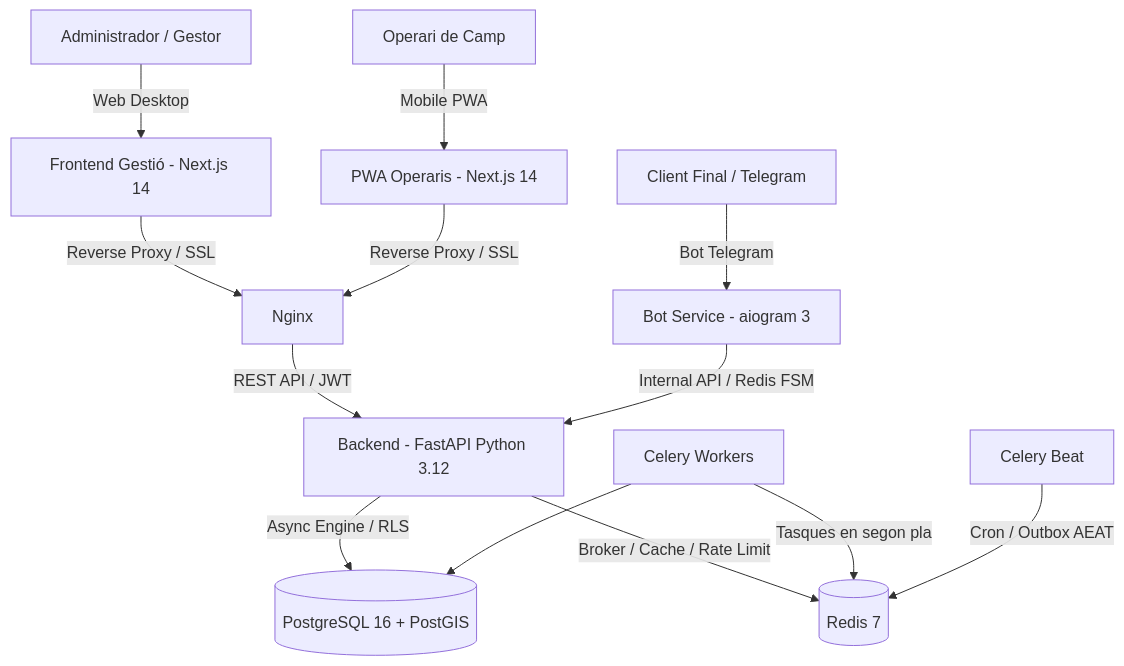
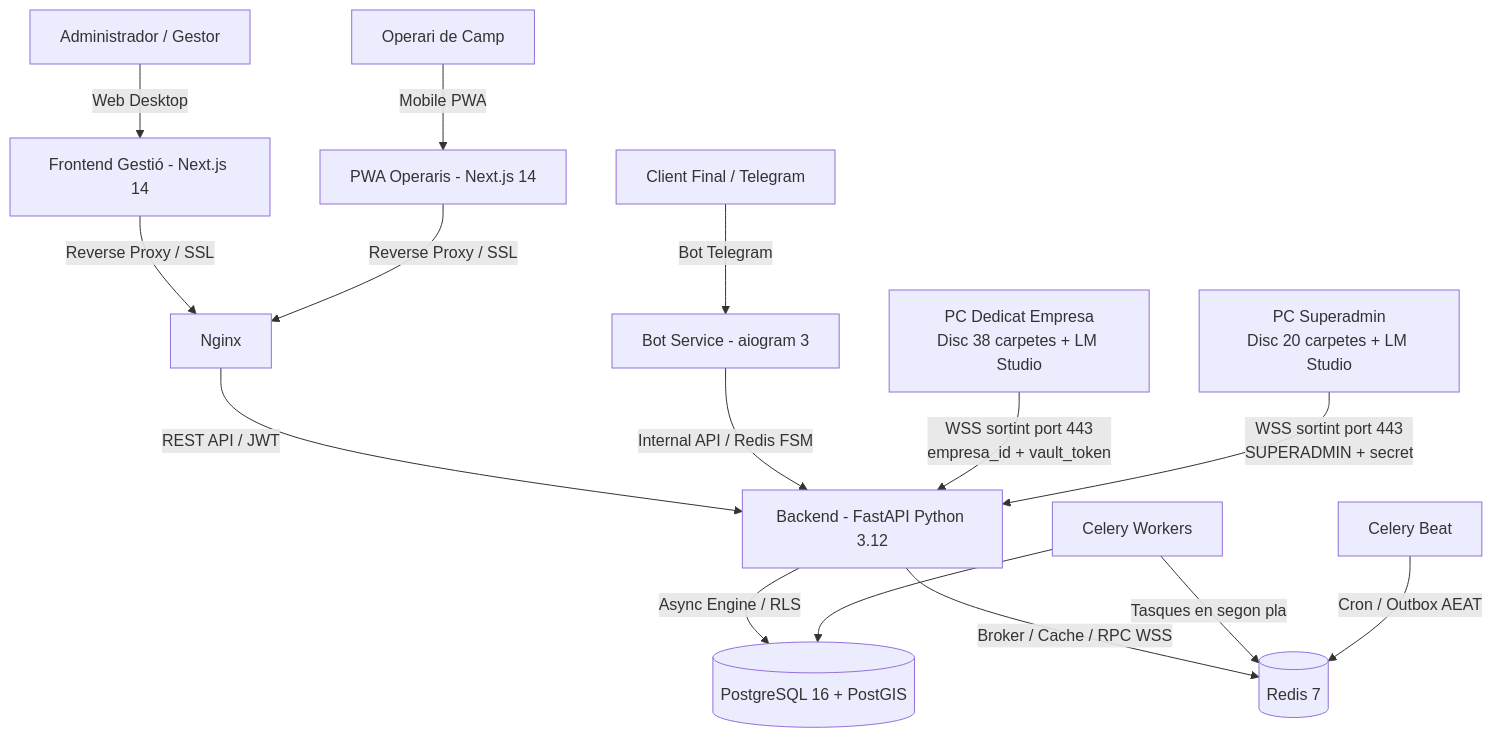
Before and after one commit to MiquelUB/sevalor: the diagram in README.md, drawn with Mermaid. The commit also changed other lines of this file and 66 other files, not shown here.

````diff
--- a/README.md
+++ b/README.md
@@ -11,17 +11,19 @@
 ```mermaid
 graph TD
     Client[Client Final / Telegram] -->|Bot Telegram| Bot[Bot Service - aiogram 3]
     Operari[Operari de Camp] -->|Mobile PWA| PWA[PWA Operaris - Next.js 14]
     Admin[Administrador / Gestor] -->|Web Desktop| Frontend[Frontend Gestió - Next.js 14]
 
     Frontend -->|Reverse Proxy / SSL| Nginx[Nginx]
     PWA -->|Reverse Proxy / SSL| Nginx
     Nginx -->|REST API / JWT| Backend[Backend - FastAPI Python 3.12]
     Bot -->|Internal API / Redis FSM| Backend
 
     Backend -->|Async Engine / RLS| DB[(PostgreSQL 16 + PostGIS)]
-    Backend -->|Broker / Cache / Rate Limit| Redis[(Redis 7)]
+    Backend -->|Broker / Cache / RPC WSS| Redis[(Redis 7)]
     CeleryWorker[Celery Workers] -->|Tasques en segon pla| Redis
     CeleryBeat[Celery Beat] -->|Cron / Outbox AEAT| Redis
     CeleryWorker --> DB
+    AgentEmpresa[PC Dedicat Empresa\nDisc 38 carpetes + LM Studio] -->|WSS sortint port 443\nempresa_id + vault_token| Backend
+    AgentSuperadmin[PC Superadmin\nDisc 20 carpetes + LM Studio] -->|WSS sortint port 443\nSUPERADMIN + secret| Backend
 ```
````
